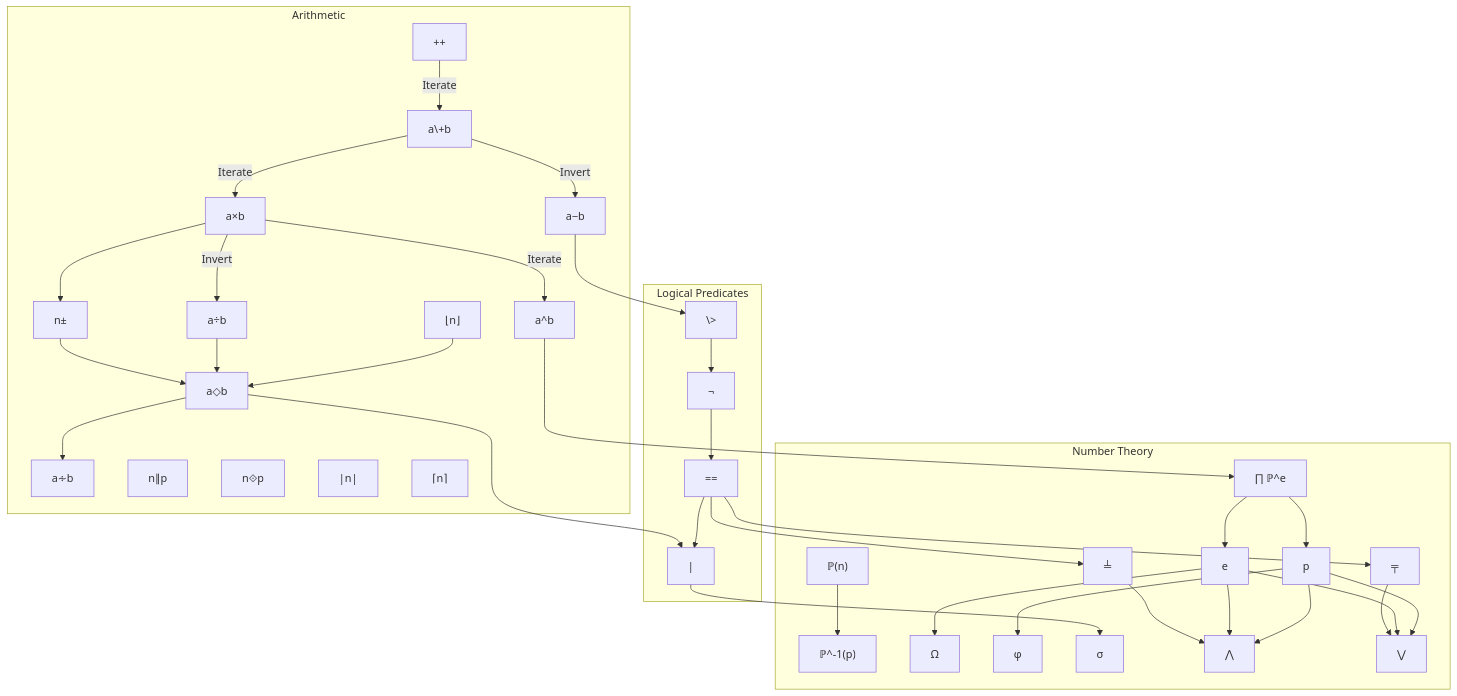
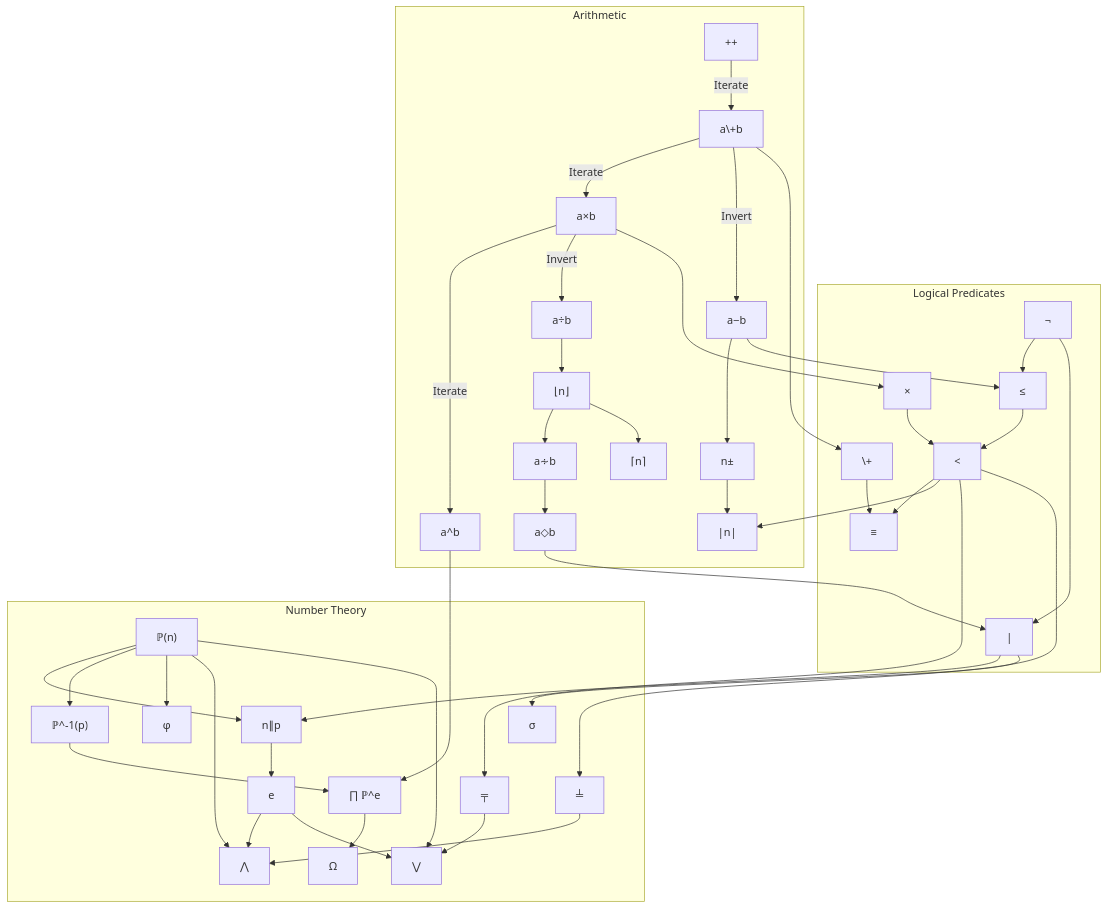
The diagram in docs/design_refs/dependency_map.mmd (Gammapod/AutoCalc), drawn with Mermaid before and after one commit. The commit also changed 6 other files, not shown here.

```diff
--- a/docs/design_refs/dependency_map.mmd
+++ b/docs/design_refs/dependency_map.mmd
@@ -1,128 +1,137 @@
 flowchart TD
 
 %% subgraph Inputs ["Value Expression"]
 %%     Iim["i"]
 %%     Idigits["0-9"]
 %% end
 %% subgraph Utilities ["Utilities"]
 %%     Uc["C"]
 %%     Uce["CE"]
 %% end
 %% subgraph Expressable ["Expressable Values"]
+%%     NP["ℙ (2)"]
 %%     NN["ℕ (1)"]
 %%     NZ["ℤ (-1)"]
 %%     NQ["ℚ (1/2)"]
 %%     NA["𝔸 (√2)"]
 %%     NR["ℝ (π)"]
 %%     NC["ℂ (√-1)"]
-%%     NP["ℙ (2)"]
-%%     NN --> NZ --> NQ --> NA --> NR --> NC
+%%     NP --> NN --> NZ --> NQ --> NA --> NR --> NC
 %% end
 
+subgraph Logic ["Logical Predicates"]
+    Lnot["¬"]
+    %% Expanded form `[ ≤ 0 ]`
+    Llte["≤"]
+    %% Expanded form `[ ¬(a-b) ]
+    Llt["<"]
+    %% Expanded form `[ (a≤b) × ¬(¬(a-b))]
+    Ldiv["|"]
+    %% Expanded form `[ ¬(a◇b) ]
+    Leq["≡"]
+    %% Expanded form `[ ¬((a<b) + (b<a)) ]
+    Land["×"]
+    Lor["\+"]
+    
+    Lnot --> Llte --> Llt
+    Lnot --> Ldiv
+    Land --> Llt --> Leq
+    Lor --> Leq
+end
+
+subgraph Arithmetic ["Arithmetic"]
+    Ainc["++"]
+    Aminus["a−b"]
+    Aplus["a\+b"]
+    Amul["a×b"]
+    Aneg["n±"]
+    Aabs["|n|"]
+    %% Expanded form `[ (¬(n) × ±n) + ((0<n) × n) ]`
+    Adiv["a÷b"]
+    Afloor["⌊n⌋"]
+    %% Expanded form `[a÷b] - FrAC`
+    Aeudiv["a∻b"]
+    %% Expanded form `[ ⌊a÷b⌋ ] `
+    Aceil["⌈n⌉"]
+    %% Expanded form `[ ⌊n⌋++ ]`
+    Apow["a^b"]
+    Amod["a◇b"]
+    %% Expanded form `[ (a÷b) - (a∻b) ]`
+    %% Ares["n⟐p"]
+    %% %% Expanded form `n⟐p -> n/(p^(n∥p))`
+    %% %% Expanded form `60⟐2=15 -> 60/(2^2)=15`
+
+    Ainc -->|Iterate| Aplus
+    Aplus -->|Iterate| Amul
+    Amul -->|Iterate| Apow
+
+    Adiv --> Afloor
+    Afloor --> Aeudiv
+    Aeudiv --> Amod
+    Afloor --> Aceil
+
+    Aplus -->|Invert| Aminus
+    Amul -->|Invert| Adiv
+
+    Aminus --> Aneg    
+    Aneg --> Aabs
+end
+
 subgraph Theory ["Number Theory"]
-    Tprime_expansion["∏ ℙ^e"]
     Tntop["ℙ(n)"]
     %% Returns nth prime. ℙ(3) = 5
     Tpton["ℙ^-1(p)"]
     %% Returns index of prime p. ℙ^-1(5) = 3
-    Tprime["p"]
+    Tpadic["n∥p"]
+    %% Expanded form `?`
     Texponent["e"]
+    Tprime_expansion["∏ ℙ^e"]
     Tomega["Ω"]
     %% Expanded form `[ Σe_p ]`
     Ttotient["φ"]
     %% Expanded form `[ n × ∏(1-p^-1) ]`
     Tdivisor_sum["σ"]
     %% Expanded form `[ Σ( (d|n) × d) ]`
     Tgcd["⋀"]
     %% Expanded form `[ ∏p^(e_a ╤ e_b) ]`
     Tlcm["⋁"]
     %% Expanded form `[ ∏p^(e_a ╧ e_b) ]`
+    Tmax["╧"]
+    %% Expanded form `[ ((a<b)×b) + ¬(a≤b)×a) ]`
     Tmin["╤"]  
-    %% Expanded form `[ a×(b>a) + b×((a>b) + (a==b)) ]`
-    Tmax["╧"]
-    %% Expanded form `[a×(a>b) + b×((b>a) + (b==a))]`
+    %% Expanded form `[ ((a<b)×a) + ¬(a≤b)×b) ]`
 
-    Tntop --> Tpton
+    Tntop --> Tpadic --> Texponent
 
-    Tprime_expansion --> Tprime
-    Tprime_expansion --> Texponent
+    Tntop --> Tpton --> Tprime_expansion --> Tomega
 
-    Texponent --> Tomega
+    Tntop --> Ttotient
 
-    Tprime --> Ttotient
-
-    Tprime --> Tgcd
+    Tntop --> Tgcd
     Texponent --> Tgcd
     Tmax --> Tgcd
 
-    Tprime --> Tlcm
+    Tntop --> Tlcm
     Texponent --> Tlcm
     Tmin --> Tlcm
 
 end
 
-subgraph Arithmetic ["Arithmetic"]
-    Ainc["++"]
-    Aneg["n±"]
-    Aminus["a−b"]
-    Aplus["a\+b"]
-    Amul["a×b"]
-    Adiv["a÷b"]
-    Apow["a^b"]
-    Amod["a◇b"]
-    %% Expanded form `a [÷b] [⌊n⌋] [×b] [±] [+a]`
-    Aeudiv["a∻b"]
-    %% Expanded form `[a÷b] - [a◇b]`
-    Apadic["n∥p"]
-    %% Expanded form ``
-    Ares["n⟐p"]
-    %% Expanded form `n⟐p -> n/(p^(n∥p))`
-    %% Expanded form `60⟐2=15 -> 60/(2^2)=15`
-    Aabs["|n|"]
-    %% Expanded form ``
-    Afloor["⌊n⌋"]
-    %% Expanded form ``
-    Aceil["⌈n⌉"]
-    %% Expanded form ``
-    %% a/b - r/b = q
+Ldiv --> Tpadic
+Llt --> Aabs
+Amod --> Ldiv
+Apow --> Tprime_expansion
+Ldiv --> Tdivisor_sum
+Llt --> Tmin
+Llt --> Tmax
+Aminus --> Llte
+Amul --> Land
+Aplus --> Lor
 
-    Afloor --> Amod
-    Adiv --> Amod
-    Aneg --> Amod
-    Ainc -->|Iterate| Aplus
-    Aplus -->|Iterate| Amul
-    Amul -->|Iterate| Apow
-
-    Amod --> Aeudiv
-
-    Aplus -->|Invert| Aminus
-    Amul -->|Invert| Adiv
-
-    Amul --> Aneg
-end
-
-subgraph Logic ["Logical Predicates"]
-    Lnot["¬"]
-    %% Expanded form `[ 1 > n]`
-    Ldivides["|"]
-    %% Expanded form `[ (b ◇ a) == 0 ]`
-    Lequals["=="]
-    %% Expanded form `a [ - b] [ ¬ ]`
-    Lgreater["\>"]
-    %% Expanded form `[ (a - b) == |a - b| ]
-    Lgreater --> Lnot --> Lequals --> Ldivides
-end
-    
-Apow --> Tprime_expansion
-Ldivides --> Tdivisor_sum
-Lequals --> Tmin
-Lequals --> Tmax
-Aminus --> Lgreater
-Amod --> Ldivides
     %% 
 %% Idigits --> NN
 %% 
 %% Aneg --> NZ
 %% 
 %% Adiv --> NQ
 %% Iim --> NC
```
